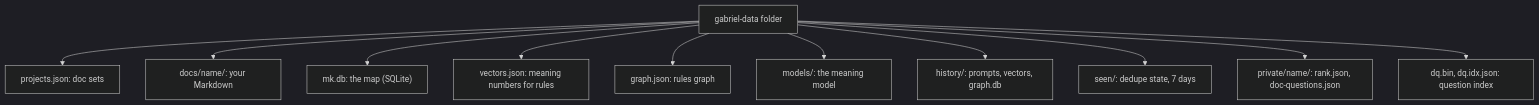
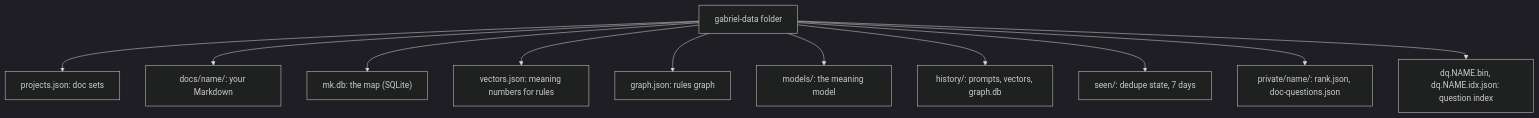
The third of 3 diagrams in docs/ARCHITECTURE.md (ThanhNVan/gabriel-plugin), drawn with Mermaid (dark theme) before and after one commit. The commit also changed other lines of this file and 26 other files, not shown here.

````diff
--- a/docs/ARCHITECTURE.md
+++ b/docs/ARCHITECTURE.md
@@ -167,13 +172,13 @@
 ```mermaid
 flowchart TD
   DATA["gabriel-data folder"] --> PJ["projects.json: doc sets"]
   DATA --> DOCS["docs/name/: your Markdown"]
   DATA --> MK["mk.db: the map (SQLite)"]
   DATA --> VEC["vectors.json: meaning numbers for rules"]
   DATA --> GR["graph.json: rules graph"]
   DATA --> MOD["models/: the meaning model"]
   DATA --> HIS["history/: prompts, vectors, graph.db"]
   DATA --> SEEN["seen/: dedupe state, 7 days"]
   DATA --> PRI["private/name/: rank.json, doc-questions.json"]
-  DATA --> DQ["dq.bin, dq.idx.json: question index"]
+  DATA --> DQ["dq.NAME.bin, dq.NAME.idx.json: question index"]
 ```
````
